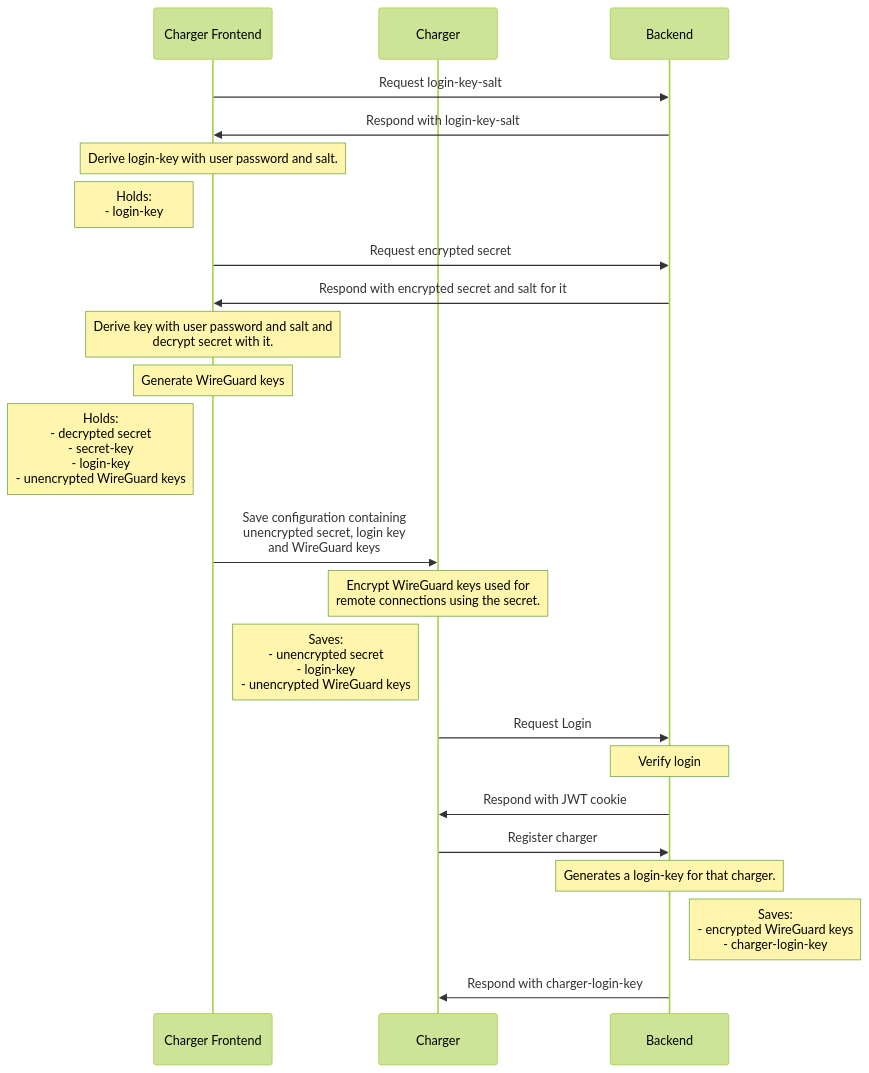
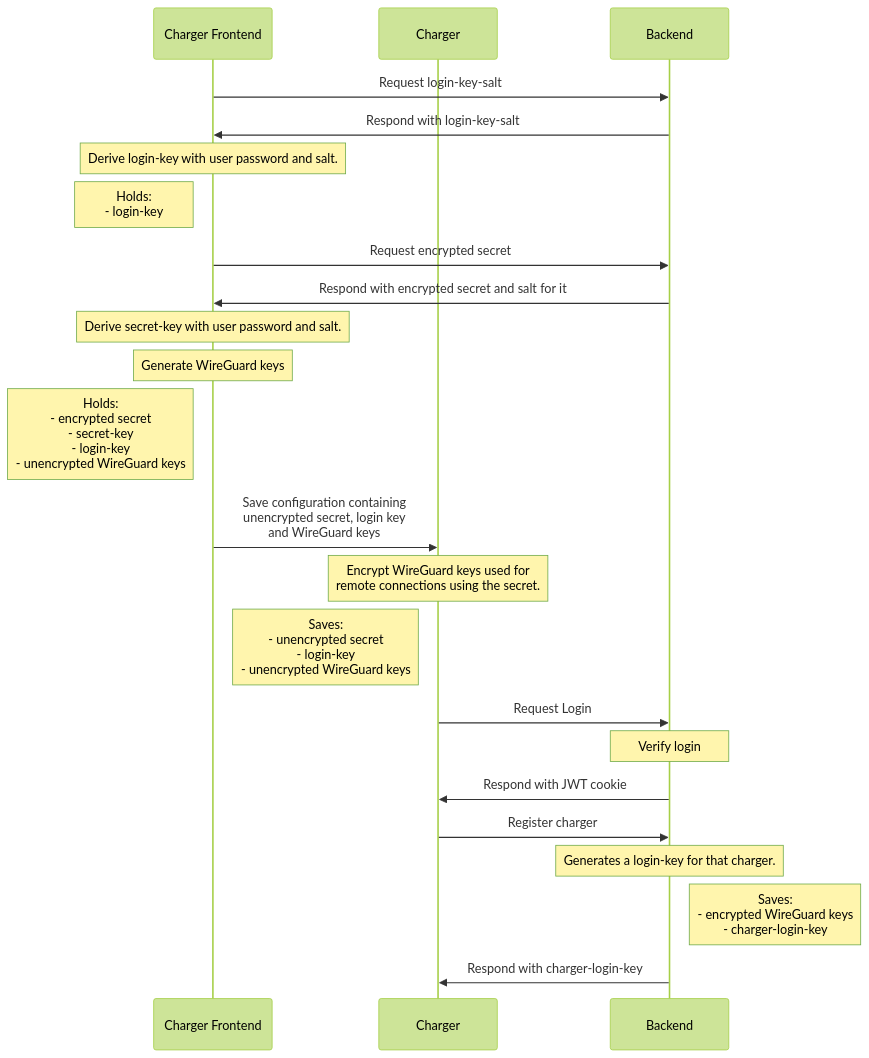
The third of 6 diagrams in sequence.md (Tinkerforge/esp32-remote-access), drawn with Mermaid (forest theme) before and after one commit.

````diff
--- a/sequence.md
+++ b/sequence.md
@@ -49,26 +49,26 @@
 ```mermaid
 sequenceDiagram
     participant Charger Frontend
     participant Charger
     participant Backend
 
     Charger Frontend->>Backend: Request login-key-salt
     Backend->>Charger Frontend: Respond with login-key-salt
     Note over Charger Frontend: Derive login-key with user password and salt.
     Note left of Charger Frontend: Holds: <br> - login-key
     Charger Frontend->>Backend: Request encrypted secret
     Backend->>Charger Frontend: Respond with encrypted secret and salt for it
-    Note over Charger Frontend: Derive key with user password and salt and<br>decrypt secret with it.
+    Note over Charger Frontend: Derive secret-key with user password and salt.
     Note over Charger Frontend: Generate WireGuard keys
-    Note left of Charger Frontend: Holds: <br> - decrypted secret <br> - secret-key <br> - login-key <br> - unencrypted WireGuard keys
+    Note left of Charger Frontend: Holds: <br> - encrypted secret <br> - secret-key <br> - login-key <br> - unencrypted WireGuard keys
     Charger Frontend->>Charger: Save configuration containing<br>unencrypted secret, login key<br>and WireGuard keys
     Note over Charger: Encrypt WireGuard keys used for<br>remote connections using the secret.
     Note left of Charger: Saves: <br> - unencrypted secret <br> - login-key <br> - unencrypted WireGuard keys
     Charger->>Backend: Request Login
     Note over Backend: Verify login
     Backend->>Charger: Respond with JWT cookie
     Charger->>Backend: Register charger
     Note over Backend: Generates a login-key for that charger.
     Note right of Backend: Saves: <br> - encrypted WireGuard keys <br> - charger-login-key
     Backend->>Charger: Respond with charger-login-key
 ```
````
